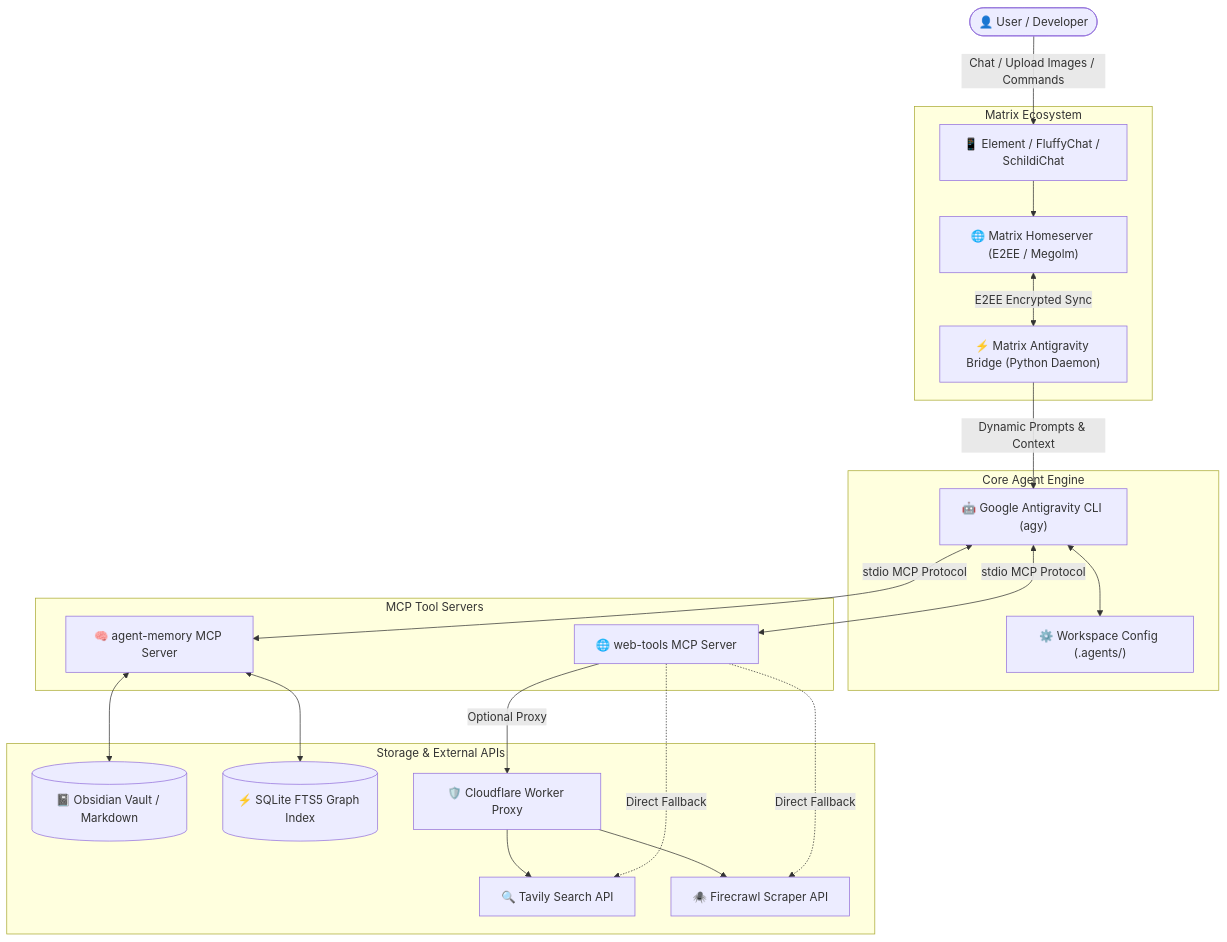
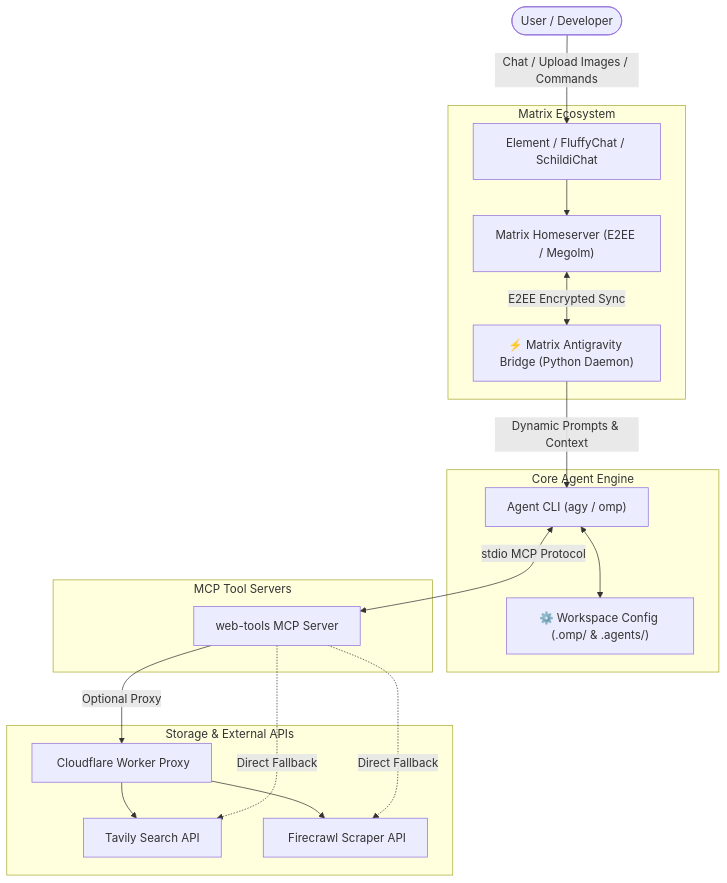
The diagram in README.md (surtr85/antigravity-nexus), drawn with Mermaid before and after one commit. The commit also changed other lines of this file and 154 other files, not shown here.

Commit message:
chore: remove agent-memory MCP in favor of graphify

````diff
--- a/README.md
+++ b/README.md
@@ -31,44 +30,38 @@
 ```mermaid
 graph TD
-    User(["👤 User / Developer"])
+    User([" User / Developer"])
 
     subgraph "Matrix Ecosystem"
-        Client["📱 Element / FluffyChat / SchildiChat"]
-        Homeserver["🌐 Matrix Homeserver (E2EE / Megolm)"]
+        Client[" Element / FluffyChat / SchildiChat"]
+        Homeserver[" Matrix Homeserver (E2EE / Megolm)"]
         Bridge["⚡ Matrix Antigravity Bridge (Python Daemon)"]
     end
 
     subgraph "Core Agent Engine"
-        AGY["🤖 Google Antigravity CLI (agy)"]
-        Config["⚙️ Workspace Config (.agents/)"]
+        AGY[" Agent CLI (agy / omp)"]
+        Config["⚙️ Workspace Config (.omp/ & .agents/)"]
     end
 
     subgraph "MCP Tool Servers"
-        MemMCP["🧠 agent-memory MCP Server"]
-        WebMCP["🌐 web-tools MCP Server"]
+        WebMCP[" web-tools MCP Server"]
     end
 
     subgraph "Storage & External APIs"
-        Vault[("📓 Obsidian Vault / Markdown")]
-        SQLite[("⚡ SQLite FTS5 Graph Index")]
-        Tavily["🔍 Tavily Search API"]
-        Firecrawl["🕷️ Firecrawl Scraper API"]
-        CFWorker["🛡️ Cloudflare Worker Proxy"]
+        Tavily[" Tavily Search API"]
+        Firecrawl["️ Firecrawl Scraper API"]
+        CFWorker["️ Cloudflare Worker Proxy"]
     end
 
     User -->|"Chat / Upload Images / Commands"| Client
     Client --> Homeserver
     Homeserver <-->|"E2EE Encrypted Sync"| Bridge
     Bridge -->|"Dynamic Prompts & Context"| AGY
     AGY <--> Config
-    AGY <-->|"stdio MCP Protocol"| MemMCP
     AGY <-->|"stdio MCP Protocol"| WebMCP
 
-    MemMCP <--> Vault
-    MemMCP <--> SQLite
     WebMCP -->|"Optional Proxy"| CFWorker
     CFWorker --> Tavily
     CFWorker --> Firecrawl
     WebMCP -.->|"Direct Fallback"| Tavily
     WebMCP -.->|"Direct Fallback"| Firecrawl
 ```
````
